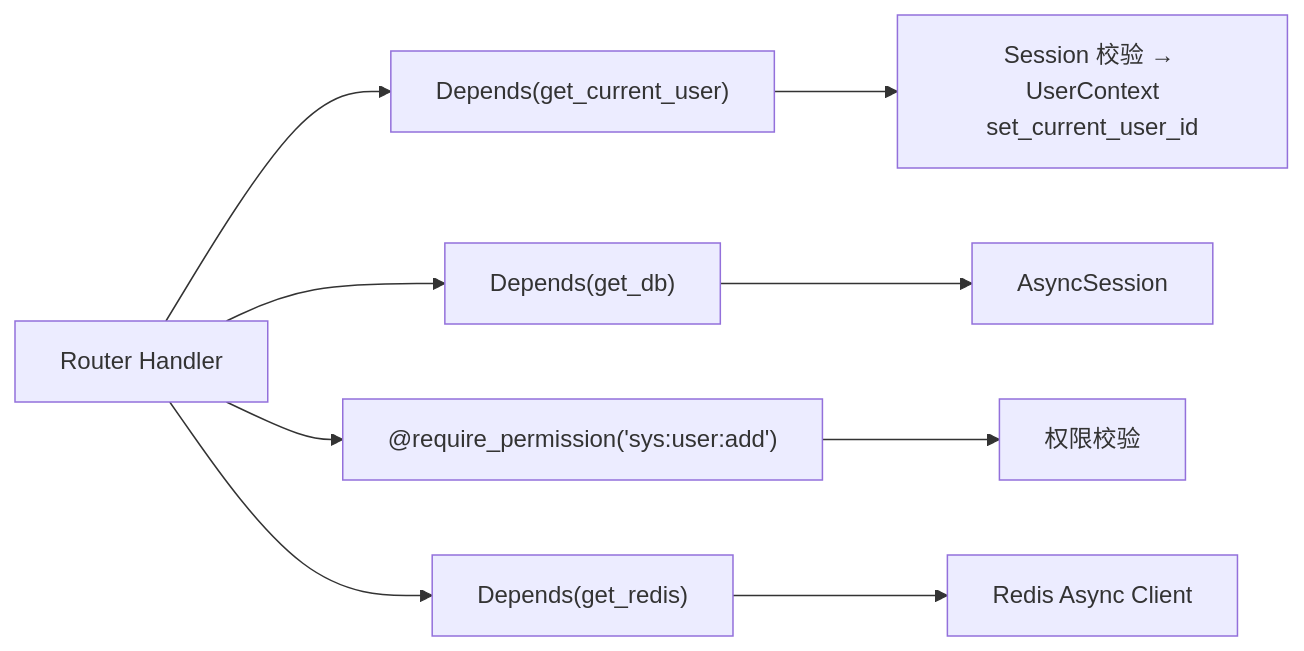
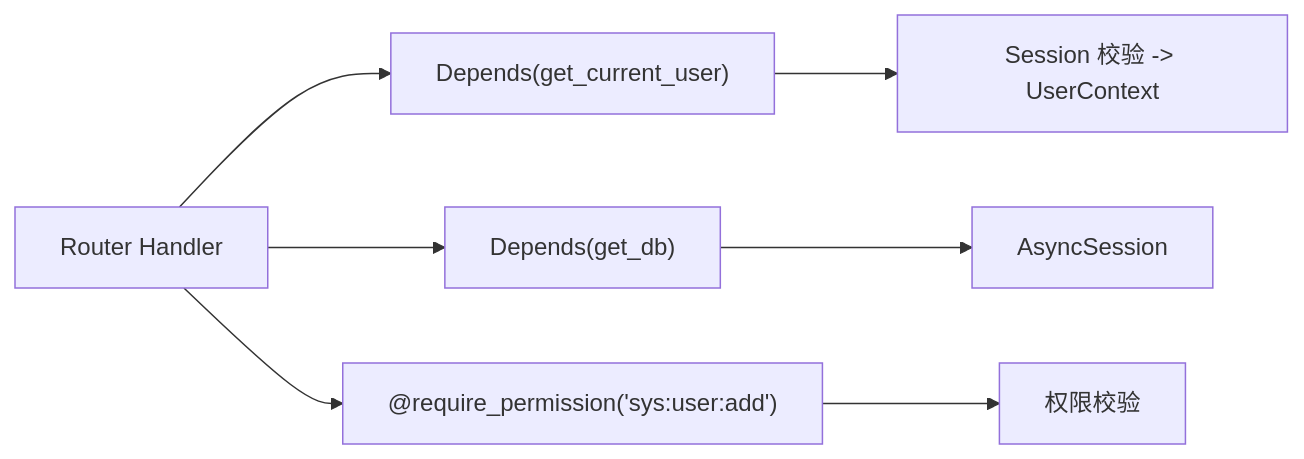
One commit to earthy-zinc/dehaze-system changed the second of 10 diagrams in dehaze-doc/docs/04-项目实现/后端/03-Python算法服务架构文档.md. Above: the diagram before and after it, drawn with Mermaid. The commit also changed other lines of this file and 755 other files, not shown here.

````diff
--- a/dehaze-doc/docs/04-项目实现/后端/03-Python算法服务架构文档.md
+++ b/dehaze-doc/docs/04-项目实现/后端/03-Python算法服务架构文档.md
@@ -314,11 +82,9 @@
 ```mermaid
 flowchart LR
     Router["Router Handler"] --> Depends["Depends(get_current_user)"]
-    Depends --> SessionAuth["Session 校验 → UserContext<br/>set_current_user_id"]
+    Depends --> SessionAuth["Session 校验 -> UserContext"]
     Router --> Depends2["Depends(get_db)"]
     Depends2 --> Session["AsyncSession"]
     Router --> Depends3["@require_permission('sys:user:add')"]
     Depends3 --> Check["权限校验"]
-    Router --> Depends4["Depends(get_redis)"]
-    Depends4 --> Redis["Redis Async Client"]
 ```
````
